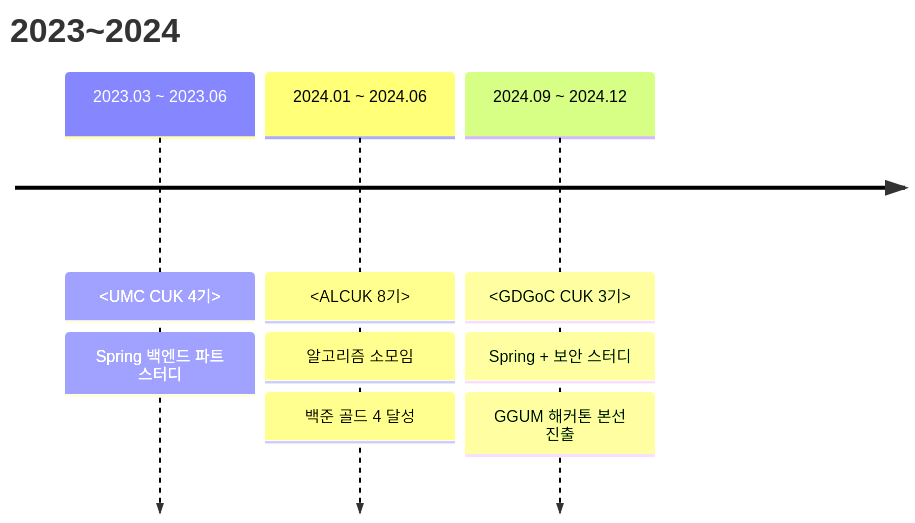
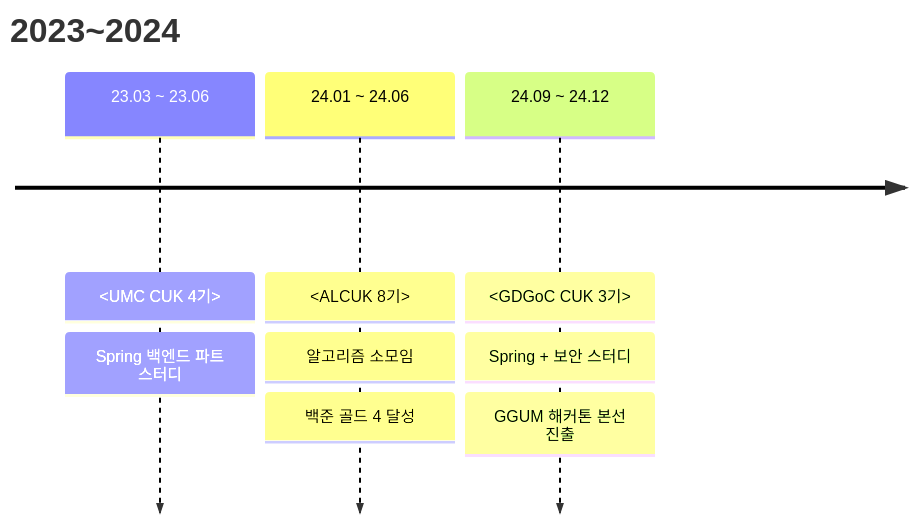
Before and after one commit to tomass22/tomass22: the first of 2 diagrams in README.md, drawn with Mermaid. The commit also changed other lines of this file, not shown here.

````diff
--- a/README.md
+++ b/README.md
@@ -14,15 +14,15 @@
 ```mermaid
 timeline
     title 2023~2024
-    2023.03 ~ 2023.06
+    23.03 ~ 23.06
         : <UMC CUK 4기>
         : Spring 백엔드 파트 스터디
-    2024.01 ~ 2024.06
+    24.01 ~ 24.06
         : <ALCUK 8기>
         : 알고리즘 소모임
         : 백준 골드 4 달성
-    2024.09 ~ 2024.12
+    24.09 ~ 24.12
         : <GDGoC CUK 3기>
         : Spring + 보안 스터디
         : GGUM 해커톤 본선 진출
 ```
````
